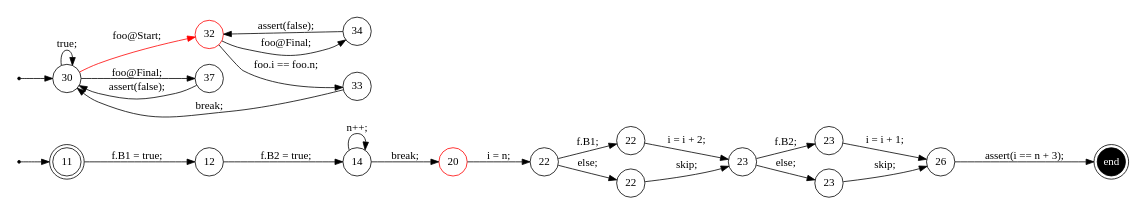
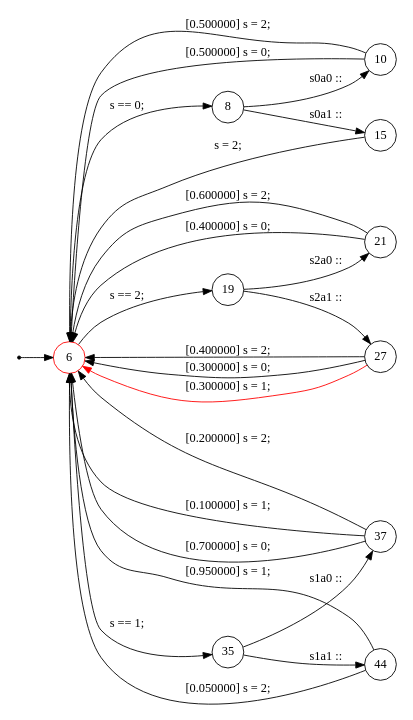
Before and after one commit to samilazregsuidi/Daedalux: the diagram in trace/6.dot, drawn with Graphviz. The commit also changed 277 other files, not shown here.

```diff
--- a/trace/6.dot
+++ b/trace/6.dot
@@ -1,48 +1,39 @@
 digraph finite_state_machine {
 	rankdir=LR
 	size="8,5"
-	93824993311008 [label = 11, shape = doublecircle, fixedsize = true]; 
-	s93824993311008 [shape = point];
-	93824993307216 [label = 30, shape = doublecircle, fixedsize = true]; 
-	s93824993307216 [shape = point];
-	e93824993306544 [shape = doublecircle, fixedsize = true, style = filled, fillcolor = black, fontcolor = white,  label = end];
-	 93824993312480 [label = 12, shape = circle, fixedsize = true ];
-	 93824993302560 [label = 14, shape = circle, fixedsize = true ];
-	 93824993303360 [label = 20, shape = circle, color = red, fixedsize = true ];
-	 93824993303680 [label = 22, shape = circle, fixedsize = true ];
-	 93824993304480 [label = 22, shape = circle, fixedsize = true ];
-	 93824993305200 [label = 22, shape = circle, fixedsize = true ];
-	 93824993304992 [label = 23, shape = circle, fixedsize = true ];
-	 93824993306032 [label = 23, shape = circle, fixedsize = true ];
-	 93824993306752 [label = 23, shape = circle, fixedsize = true ];
-	 93824993306544 [label = 26, shape = circle, fixedsize = true ];
-	 93824993307216 [label = 30, shape = circle, fixedsize = true ];
-	 93824993307984 [label = 32, shape = circle, color = red, fixedsize = true ];
-	 93824993308816 [label = 33, shape = circle, fixedsize = true ];
-	 93824993309536 [label = 34, shape = circle, fixedsize = true ];
-	 93824993310048 [label = 37, shape = circle, fixedsize = true ];
-	s93824993311008 -> 93824993311008;
-	s93824993307216 -> 93824993307216;
-	93824993311008 -> 93824993312480 [ label = "f.B1 = true; "];
-	93824993312480 -> 93824993302560 [ label = "f.B2 = true; "];
-	93824993302560 -> 93824993303360 [ label = "break; "];
-	93824993302560 -> 93824993302560 [ label = "n++; "];
-	93824993303360 -> 93824993303680 [ label = "i = n; "];
-	93824993303680 -> 93824993304480 [ label = "f.B1; "];
-	93824993304480 -> 93824993304992 [ label = "i = i + 2; "];
-	93824993303680 -> 93824993305200 [ label = "else; "];
-	93824993305200 -> 93824993304992 [ label = "skip; "];
-	93824993304992 -> 93824993306032 [ label = "f.B2; "];
-	93824993306032 -> 93824993306544 [ label = "i = i + 1; "];
-	93824993304992 -> 93824993306752 [ label = "else; "];
-	93824993306752 -> 93824993306544 [ label = "skip; "];
-	93824993306544 -> e93824993306544 [ label = "assert(i == n + 3); "];
-	93824993307216 -> 93824993307984 [color = red, label = "foo@Start; "];
-	93824993307984 -> 93824993308816 [ label = "foo.i == foo.n; "];
-	93824993308816 -> 93824993307216 [ label = "break; "];
-	93824993307984 -> 93824993309536 [ label = "foo@Final; "];
-	93824993309536 -> 93824993307984 [ label = "assert(false); "];
-	93824993307216 -> 93824993310048 [ label = "foo@Final; "];
-	93824993310048 -> 93824993307216 [ label = "assert(false); "];
-	93824993307216 -> 93824993307216 [ label = "true; "];
+	93824993319552 [label = 6, shape = doublecircle, color = red, fixedsize = true]; 
+	s93824993319552 [shape = point];
+	 93824993319552 [label = 6, shape = circle, color = red, fixedsize = true ];
+	 93824993310416 [label = 8, shape = circle, fixedsize = true ];
+	 93824993310976 [label = 10, shape = circle, fixedsize = true ];
+	 93824993312496 [label = 15, shape = circle, fixedsize = true ];
+	 93824993312944 [label = 19, shape = circle, fixedsize = true ];
+	 93824993313712 [label = 21, shape = circle, fixedsize = true ];
+	 93824993315232 [label = 27, shape = circle, fixedsize = true ];
+	 93824993316688 [label = 35, shape = circle, fixedsize = true ];
+	 93824993317632 [label = 37, shape = circle, fixedsize = true ];
+	 93824993325184 [label = 44, shape = circle, fixedsize = true ];
+	s93824993319552 -> 93824993319552;
+	93824993319552 -> 93824993310416 [ label = "s == 0; "];
+	93824993310416 -> 93824993310976 [ label = "s0a0 :: "];
+	93824993310976 -> 93824993319552 [ label = " [0.500000] s = 0; "];
+	93824993310976 -> 93824993319552 [ label = " [0.500000] s = 2; "];
+	93824993310416 -> 93824993312496 [ label = "s0a1 :: "];
+	93824993312496 -> 93824993319552 [ label = "s = 2; "];
+	93824993319552 -> 93824993312944 [ label = "s == 2; "];
+	93824993312944 -> 93824993313712 [ label = "s2a0 :: "];
+	93824993313712 -> 93824993319552 [ label = " [0.400000] s = 0; "];
+	93824993313712 -> 93824993319552 [ label = " [0.600000] s = 2; "];
+	93824993312944 -> 93824993315232 [ label = "s2a1 :: "];
+	93824993315232 -> 93824993319552 [ label = " [0.400000] s = 2; "];
+	93824993315232 -> 93824993319552 [ label = " [0.300000] s = 0; "];
+	93824993315232 -> 93824993319552 [color = red, label = " [0.300000] s = 1; "];
+	93824993319552 -> 93824993316688 [ label = "s == 1; "];
+	93824993316688 -> 93824993317632 [ label = "s1a0 :: "];
+	93824993317632 -> 93824993319552 [ label = " [0.100000] s = 1; "];
+	93824993317632 -> 93824993319552 [ label = " [0.700000] s = 0; "];
+	93824993317632 -> 93824993319552 [ label = " [0.200000] s = 2; "];
+	93824993316688 -> 93824993325184 [ label = "s1a1 :: "];
+	93824993325184 -> 93824993319552 [ label = " [0.950000] s = 1; "];
+	93824993325184 -> 93824993319552 [ label = " [0.050000] s = 2; "];
 }
```
